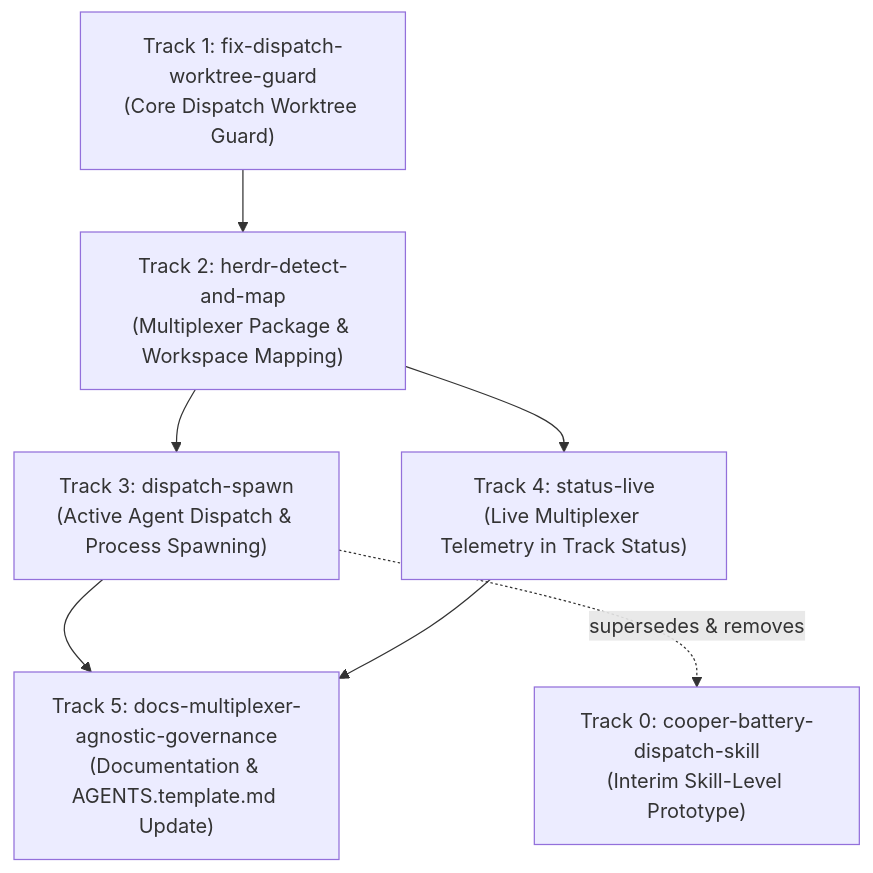
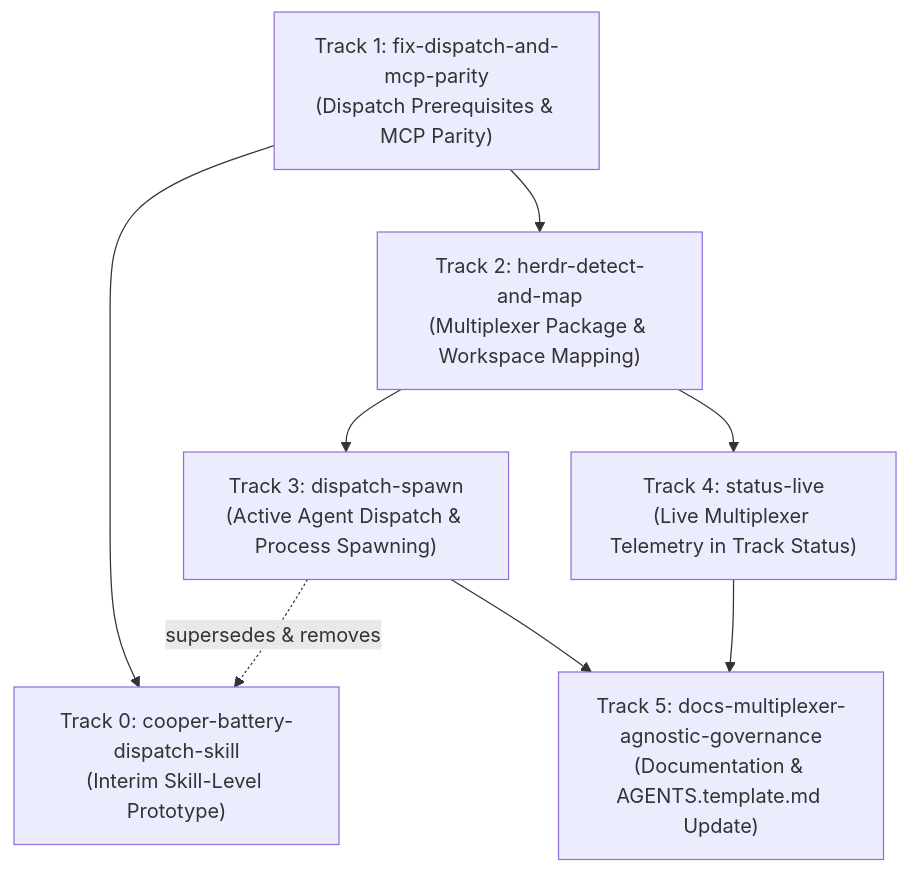
One commit to twoBoots/battery changed the diagram in .cooper/active/rfc-herdr-awareness/tracks-breakdown.md. Above: the diagram before and after it, drawn with Mermaid. The commit also changed other lines of this file and 5 other files, not shown here.

````diff
--- a/.cooper/active/rfc-herdr-awareness/tracks-breakdown.md
+++ b/.cooper/active/rfc-herdr-awareness/tracks-breakdown.md
@@ -9,16 +9,17 @@
 ```mermaid
 flowchart TD
     T0["Track 0: cooper-battery-dispatch-skill<br/>(Interim Skill-Level Prototype)"]
-    T1["Track 1: fix-dispatch-worktree-guard<br/>(Core Dispatch Worktree Guard)"]
+    T1["Track 1: fix-dispatch-and-mcp-parity<br/>(Dispatch Prerequisites & MCP Parity)"]
     T2["Track 2: herdr-detect-and-map<br/>(Multiplexer Package & Workspace Mapping)"]
     T3["Track 3: dispatch-spawn<br/>(Active Agent Dispatch & Process Spawning)"]
     T4["Track 4: status-live<br/>(Live Multiplexer Telemetry in Track Status)"]
     T5["Track 5: docs-multiplexer-agnostic-governance<br/>(Documentation & AGENTS.template.md Update)"]
 
+    T1 --> T0
     T1 --> T2
     T2 --> T3
     T2 --> T4
     T3 --> T5
     T4 --> T5
     T3 -. "supersedes & removes" .-> T0
 ```
````
